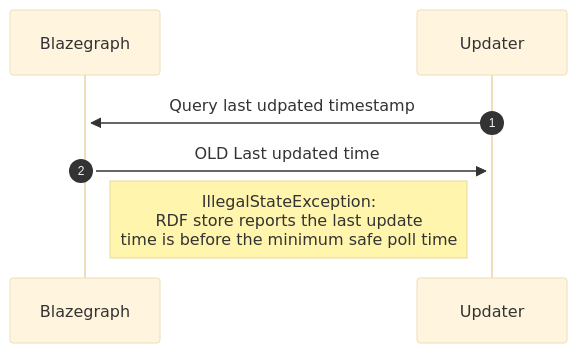
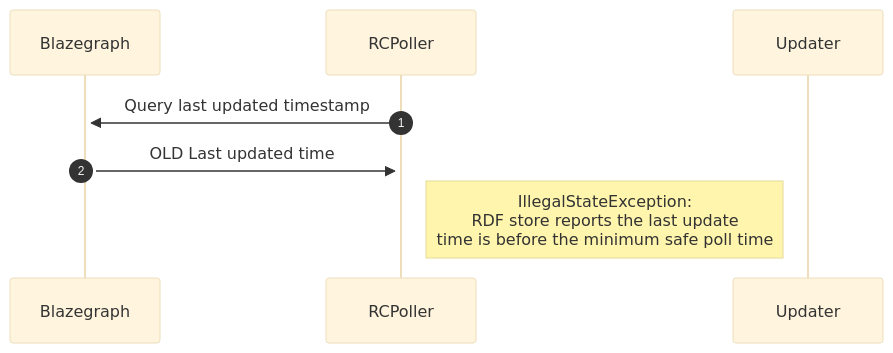
One commit to wmde/wikidata-wikibase-architecture changed the second of 2 diagrams in systems/Query/06-Runtime_View.md. Above: the diagram before and after it, drawn with Mermaid (base theme). The commit also changed other lines of this file and 5 other files, not shown here.

````diff
--- a/systems/Query/06-Runtime_View.md
+++ b/systems/Query/06-Runtime_View.md
@@ -29,10 +29,10 @@
 ```mermaid
 sequenceDiagram
     autonumber
     participant Blazegraph
-    participant Updater
+    participant RCPoller
     
-    Updater->>+Blazegraph: Query last udpated timestamp
-    Blazegraph->>+Updater: OLD Last updated time
+    RCPoller->>+Blazegraph: Query last updated timestamp
+    Blazegraph->>+RCPoller: OLD Last updated time
     Note left of Updater: IllegalStateException: <br/>RDF store reports the last update <br/>time is before the minimum safe poll time
 ```
````
